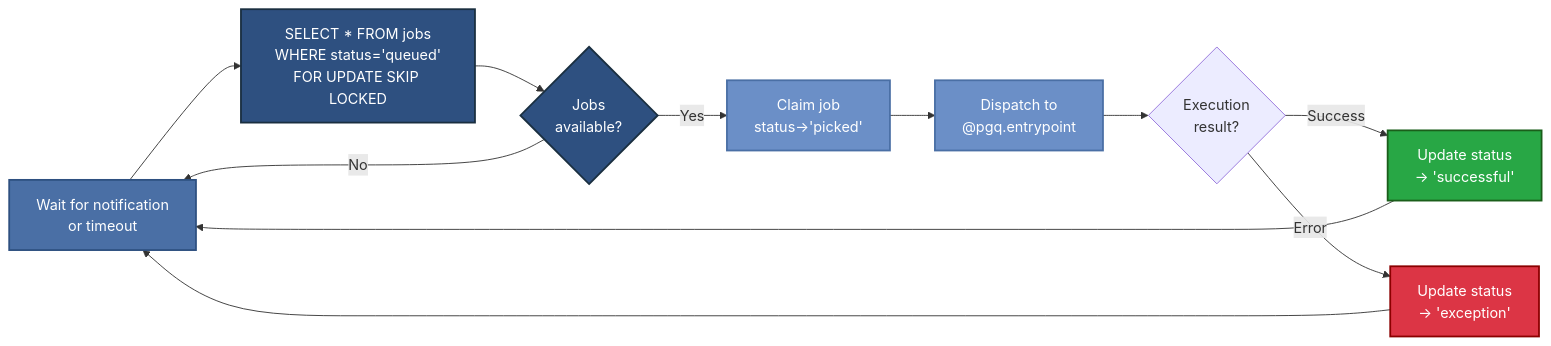
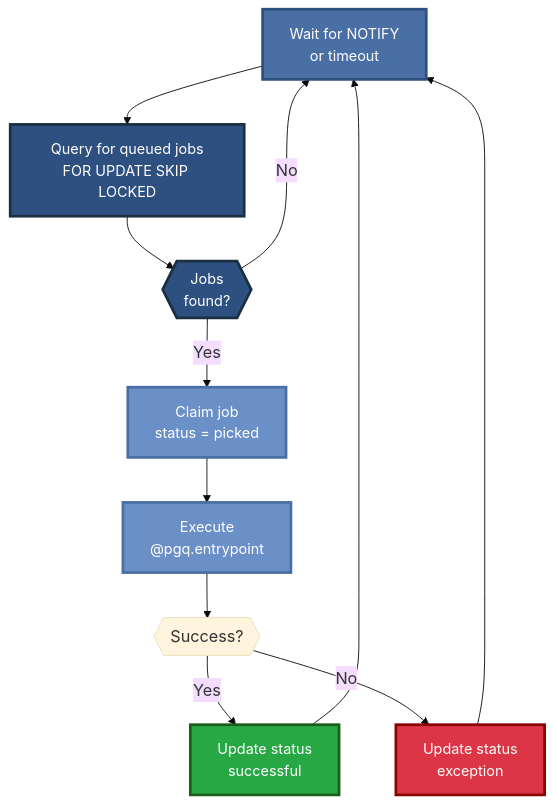
The second of 3 diagrams in docs/reference/architecture.md (janbjorge/pgqueuer), drawn with Mermaid before and after one commit. The commit also changed other lines of this file and 2 other files, not shown here.

Commit message:
docs: improve diagram readability with larger fonts and simplified layouts
- Increased font sizes (16-20px) in all Mermaid diagrams
- Simplified QueueManager loop for clarity (removed redundant labels)
- Simplified scheduler flow diagram (cleaner node arrangement)
- Enhanced state diagram styling with thicker strokes
- Added Mermaid init blocks to control typography and spacing

````diff
--- a/docs/reference/architecture.md
+++ b/docs/reference/architecture.md
@@ -36,25 +36,35 @@
 ```mermaid
-flowchart LR
-    A["Wait for notification<br/>or timeout"] --> B["SELECT * FROM jobs<br/>WHERE status='queued'<br/>FOR UPDATE SKIP LOCKED"]
-    B --> C{"Jobs<br/>available?"}
-    C -->|Yes| D["Claim job<br/>status→'picked'"]
-    C -->|No| A
-    D --> E["Dispatch to<br/>@pgq.entrypoint"]
-    E --> F{"Execution<br/>result?"}
-    F -->|Success| G["Update status<br/>→ 'successful'"]
-    F -->|Error| H["Update status<br/>→ 'exception'"]
+%%{init: {'flowchart': {'htmlLabels': true}, 'theme': 'base', 'themeVariables': {'fontSize': '18px', 'fontFamily': 'Inter, sans-serif'}}}%%
+flowchart TD
+    A["Wait for NOTIFY<br/>or timeout"]
+    B["Query for queued jobs<br/>FOR UPDATE SKIP LOCKED"]
+    C{{"Jobs<br/>found?"}}
+    D["Claim job<br/>status = picked"]
+    E["Execute<br/>@pgq.entrypoint"]
+    F{{"Success?"}}
+    G["Update status<br/>successful"]
+    H["Update status<br/>exception"]
+
+    A --> B
+    B --> C
+    C -->|"Yes"| D
+    C -->|"No"| A
+    D --> E
+    E --> F
+    F -->|"Yes"| G
+    F -->|"No"| H
     G --> A
     H --> A
 
-    classDef wait fill:#4A6FA5,stroke:#2E5080,color:#fff,stroke-width:2px
-    classDef query fill:#2E5080,stroke:#1a2f40,color:#fff,stroke-width:2px
-    classDef process fill:#6B8FC7,stroke:#4A6FA5,color:#fff,stroke-width:2px
-    classDef result fill:#28a745,stroke:#1a5e1a,color:#fff,stroke-width:2px
-    classDef error fill:#dc3545,stroke:#8b0000,color:#fff,stroke-width:2px
+    classDef wait fill:#4A6FA5,stroke:#2E5080,color:#fff,stroke-width:3px,font-size:16px
+    classDef query fill:#2E5080,stroke:#1a2f40,color:#fff,stroke-width:3px,font-size:16px
+    classDef process fill:#6B8FC7,stroke:#4A6FA5,color:#fff,stroke-width:3px,font-size:16px
+    classDef success fill:#28a745,stroke:#1a5e1a,color:#fff,stroke-width:3px,font-size:16px
+    classDef error fill:#dc3545,stroke:#8b0000,color:#fff,stroke-width:3px,font-size:16px
 
     class A wait
     class B,C query
     class D,E process
-    class G result
+    class G success
     class H error
 ```
````
